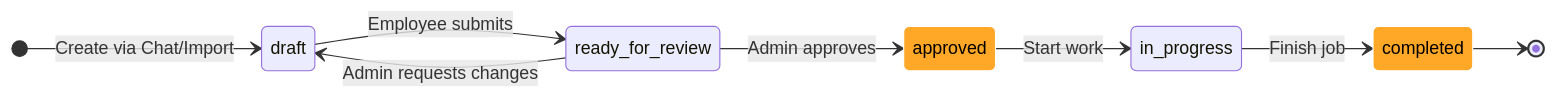
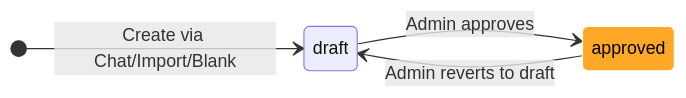
One commit to RafaelWinders/guia-do-usuario changed the second of 2 diagrams in docs/work-order-en.md. Above: the diagram before and after it, drawn with Mermaid. The commit also changed other lines of this file and 15 other files, not shown here.

````diff
--- a/docs/work-order-en.md
+++ b/docs/work-order-en.md
@@ -196,14 +181,10 @@
 ```mermaid
 stateDiagram-v2
     direction LR
-    [*] --> draft: Create via Chat/Import
-    draft --> ready_for_review: Employee submits
-    ready_for_review --> approved: Admin approves
-    ready_for_review --> draft: Admin requests changes
-    approved --> in_progress: Start work
-    in_progress --> completed: Finish job
-    completed --> [*]
+    [*] --> draft: Create via Chat/Import/Blank
+    draft --> approved: Admin approves
+    approved --> draft: Admin reverts to draft
 
-    classDef critical fill:#ffa726,stroke:#fff,color:#000
-    class approved,completed critical
+    classDef active fill:#ffa726,stroke:#fff,color:#000
+    class approved active
 ```
````
